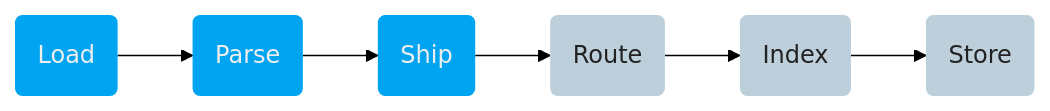
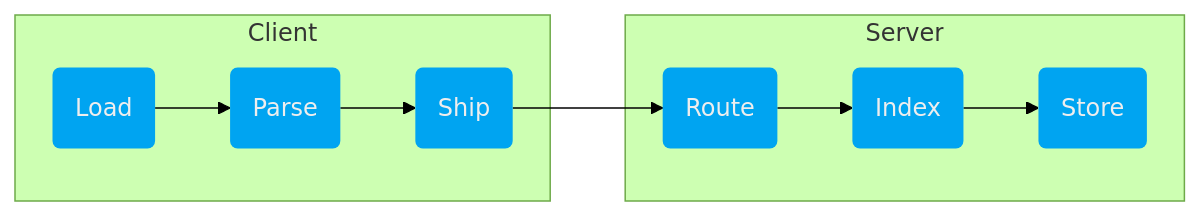
The diagram in docs/docs/use-vast/ingest/README.md (tenzir/tenzir), drawn with Mermaid (forest theme) before and after one commit. The commit also changed other lines of this file and 19 other files, not shown here.

````diff
--- a/docs/docs/use-vast/ingest/README.md
+++ b/docs/docs/use-vast/ingest/README.md
@@ -5,14 +5,18 @@
 ```mermaid
 flowchart LR
-  classDef client fill:#00a4f1,stroke:none,color:#eee
-  classDef server fill:#bdcfdb,stroke:none,color:#222
+  classDef stage fill:#00a4f1,stroke:none,color:#eee
 
-  load(Load):::client
-  parse(Parse):::client
-  ship(Ship):::client
-  route(Route):::server
-  index(Index):::server
-  store(Store):::server
+  subgraph Client
+    load(Load):::stage
+    parse(Parse):::stage
+    ship(Ship):::stage
+  end
+
+  subgraph Server
+    route(Route):::stage
+    index(Index):::stage
+    store(Store):::stage
+  end
 
   load --> parse --> ship --> route --> index --> store
 ```
````
